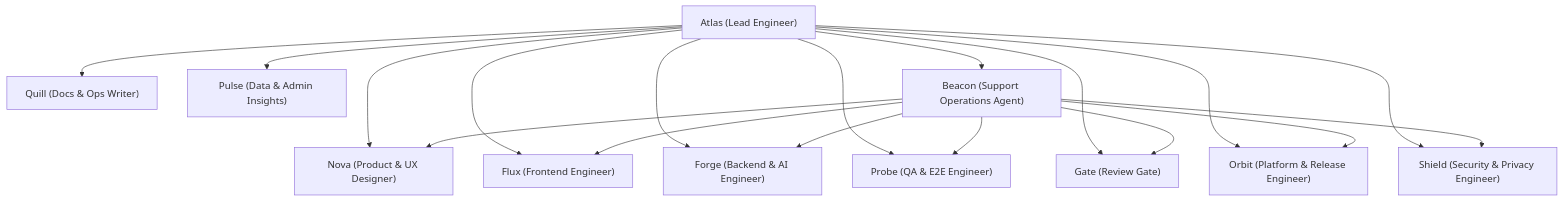
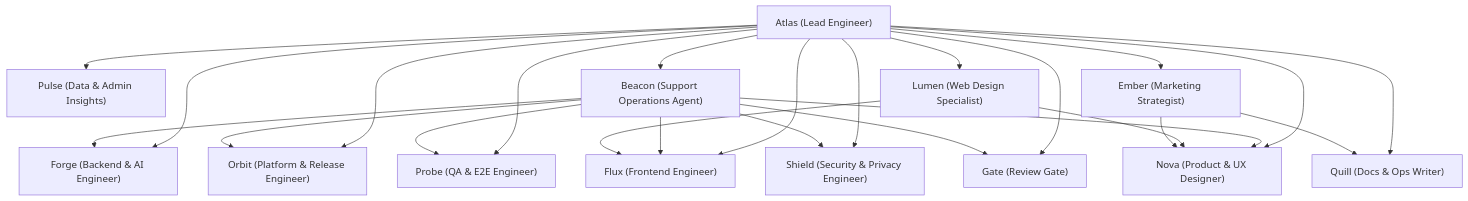
One commit to aidun/mealplanner changed the first of 3 diagrams in AGENTS.md. Above: the diagram before and after it, drawn with Mermaid. The commit also changed other lines of this file and 15 other files, not shown here.

Commit message:
Add first-login onboarding flow

````diff
--- a/AGENTS.md
+++ b/AGENTS.md
@@ -34,33 +96,42 @@
 ```mermaid
 flowchart TD
     LE["Atlas (Lead Engineer)"]
     PUX["Nova (Product & UX Designer)"]
     FE["Flux (Frontend Engineer)"]
     BE["Forge (Backend & AI Engineer)"]
     PRE["Orbit (Platform & Release Engineer)"]
     SPE["Shield (Security & Privacy Engineer)"]
     QA["Probe (QA & E2E Engineer)"]
     RG["Gate (Review Gate)"]
     DOW["Quill (Docs & Ops Writer)"]
     DAI["Pulse (Data & Admin Insights)"]
     SOA["Beacon (Support Operations Agent)"]
+    WDS["Lumen (Web Design Specialist)"]
+    MKT["Ember (Marketing Strategist)"]
 
     LE --> PUX
     LE --> FE
     LE --> BE
     LE --> QA
     LE --> RG
     LE --> PRE
     LE --> SPE
     LE --> DOW
     LE --> DAI
     LE --> SOA
+    LE --> WDS
+    LE --> MKT
 
     SOA --> PUX
     SOA --> FE
     SOA --> BE
     SOA --> PRE
     SOA --> SPE
     SOA --> QA
     SOA --> RG
+
+    WDS --> PUX
+    WDS --> FE
+    MKT --> PUX
+    MKT --> DOW
 ```
````
